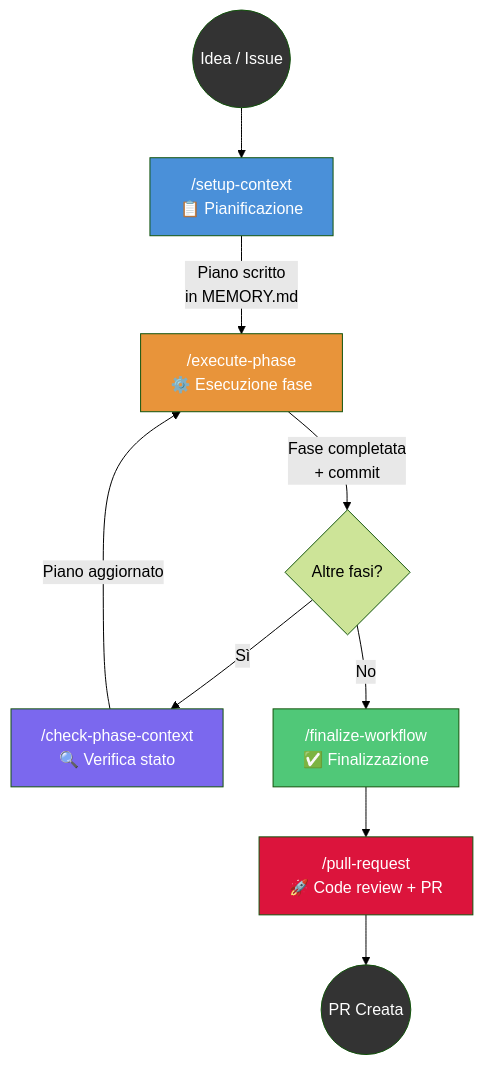
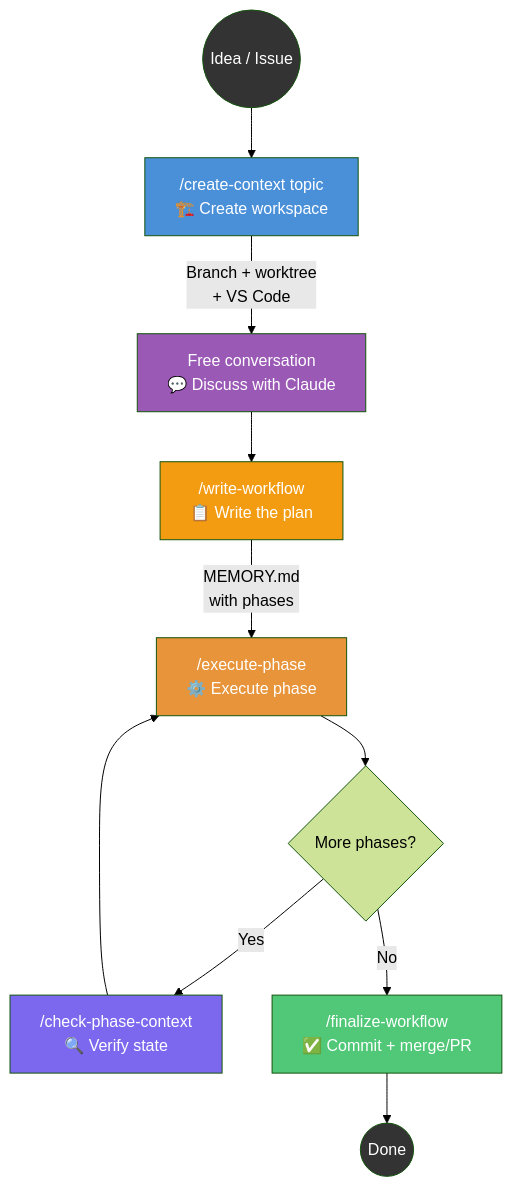
Before and after one commit to fporcari/claude-phased-workflow: the first of 2 diagrams in README.md, drawn with Mermaid (forest theme). The commit also changed other lines of this file and 10 other files, not shown here.

First line of the commit message:
feat: v2.0 — worktree-based workflow with natural conversation planning

````diff
--- a/README.md
+++ b/README.md
@@ -9,19 +7,21 @@
 ```mermaid
 flowchart TD
-    START((Idea / Issue)) --> SC["/setup-context\n📋 Pianificazione"]
-    SC --> |"Piano scritto\nin MEMORY.md"| EP["/execute-phase\n⚙️ Esecuzione fase"]
-    EP --> |"Fase completata\n+ commit"| CHECK{Altre fasi?}
-    CHECK --> |Sì| CPC["/check-phase-context\n🔍 Verifica stato"]
-    CPC --> |"Piano aggiornato"| EP
-    CHECK --> |No| FW["/finalize-workflow\n✅ Finalizzazione"]
-    FW --> PR["/pull-request\n🚀 Code review + PR"]
-    PR --> DONE((PR Creata))
+    START((Idea / Issue)) --> CC["/create-context topic\n🏗️ Create workspace"]
+    CC --> |"Branch + worktree\n+ VS Code"| CONV["Free conversation\n💬 Discuss with Claude"]
+    CONV --> WW["/write-workflow\n📋 Write the plan"]
+    WW --> |"MEMORY.md\nwith phases"| EP["/execute-phase\n⚙️ Execute phase"]
+    EP --> CHECK{More phases?}
+    CHECK --> |Yes| CPC["/check-phase-context\n🔍 Verify state"]
+    CPC --> EP
+    CHECK --> |No| FW["/finalize-workflow\n✅ Commit + merge/PR"]
+    FW --> DONE((Done))
 
-    style SC fill:#4a90d9,color:#fff
+    style CC fill:#4a90d9,color:#fff
+    style CONV fill:#9b59b6,color:#fff
+    style WW fill:#f39c12,color:#fff
     style EP fill:#e8943a,color:#fff
     style CPC fill:#7b68ee,color:#fff
     style FW fill:#50c878,color:#fff
-    style PR fill:#dc143c,color:#fff
     style START fill:#333,color:#fff
     style DONE fill:#333,color:#fff
 ```
````
